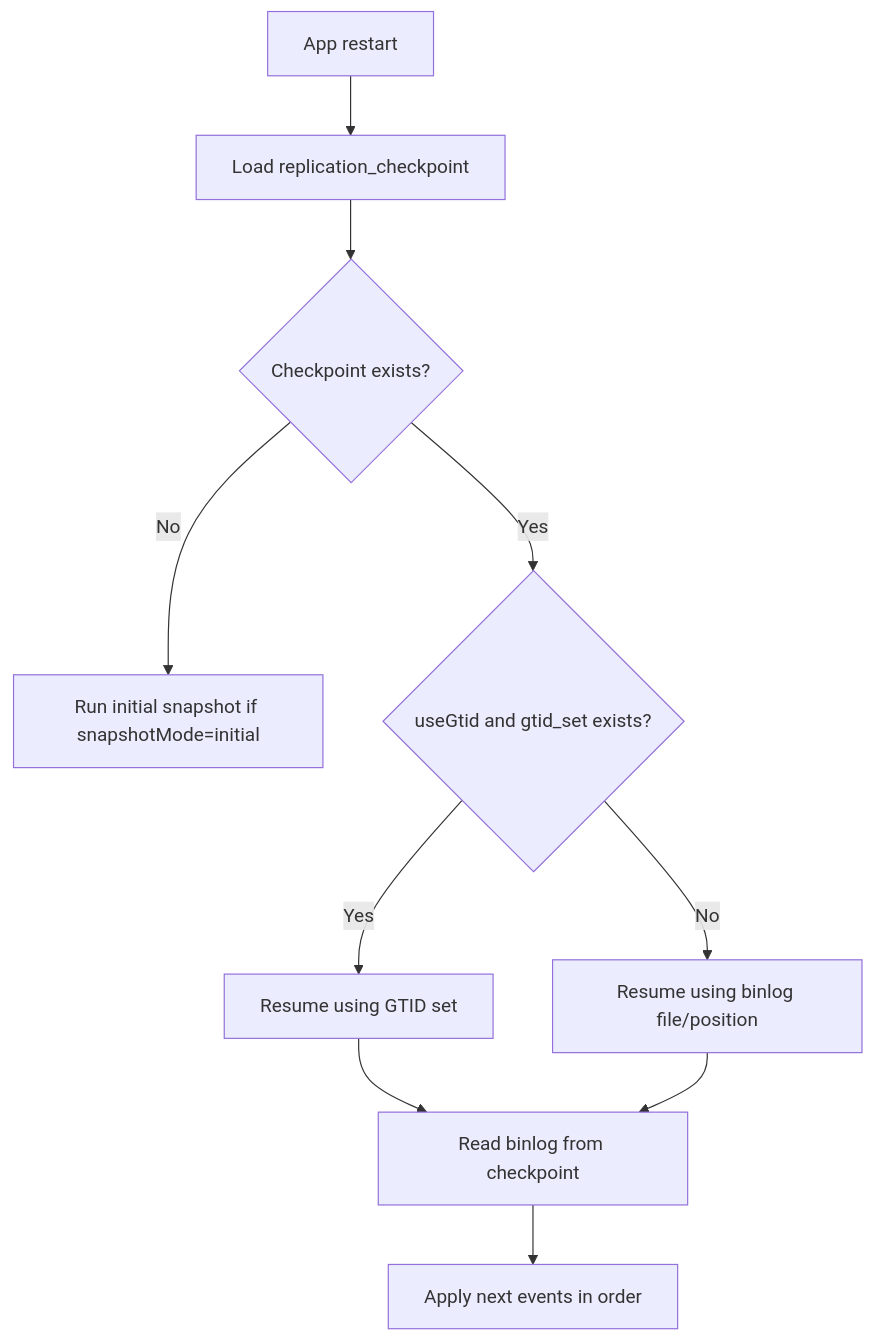
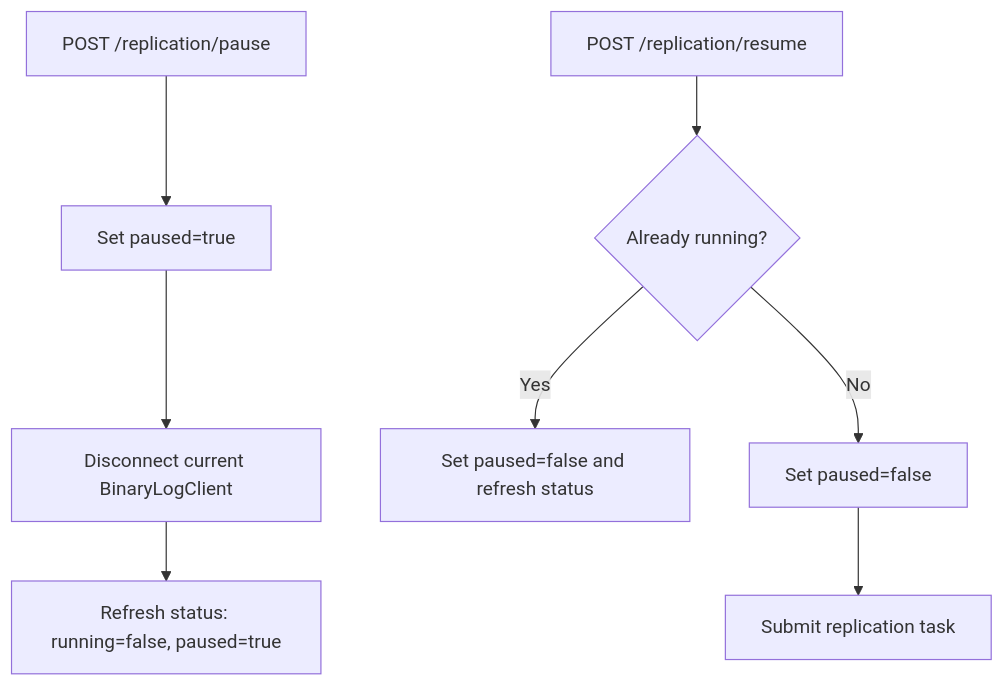
Diagram 11 of 12 in backend/docs/replication-flow.md (phongthinkvitals/thinkvitals-mysql-replicator), drawn with Mermaid before and after one commit. The commit also changed other lines of this file and 9 other files, not shown here.

````diff
--- a/backend/docs/replication-flow.md
+++ b/backend/docs/replication-flow.md
@@ -332,12 +481,11 @@
 ```mermaid
 flowchart TD
-    A[App restart] --> B[Load replication_checkpoint]
-    B --> C{Checkpoint exists?}
-    C -- No --> D[Run initial snapshot if snapshotMode=initial]
-    C -- Yes --> E{useGtid and gtid_set exists?}
-    E -- Yes --> F[Resume using GTID set]
-    E -- No --> G[Resume using binlog file/position]
-    F --> H[Read binlog from checkpoint]
-    G --> H
-    H --> I[Apply next events in order]
+    A["POST /replication/pause"] --> B["Set paused=true"]
+    B --> C["Disconnect current BinaryLogClient"]
+    C --> D["Refresh status: running=false, paused=true"]
+
+    E["POST /replication/resume"] --> F{"Already running?"}
+    F -- "Yes" --> G["Set paused=false and refresh status"]
+    F -- "No" --> H["Set paused=false"]
+    H --> I["Submit replication task"]
 ```
````
